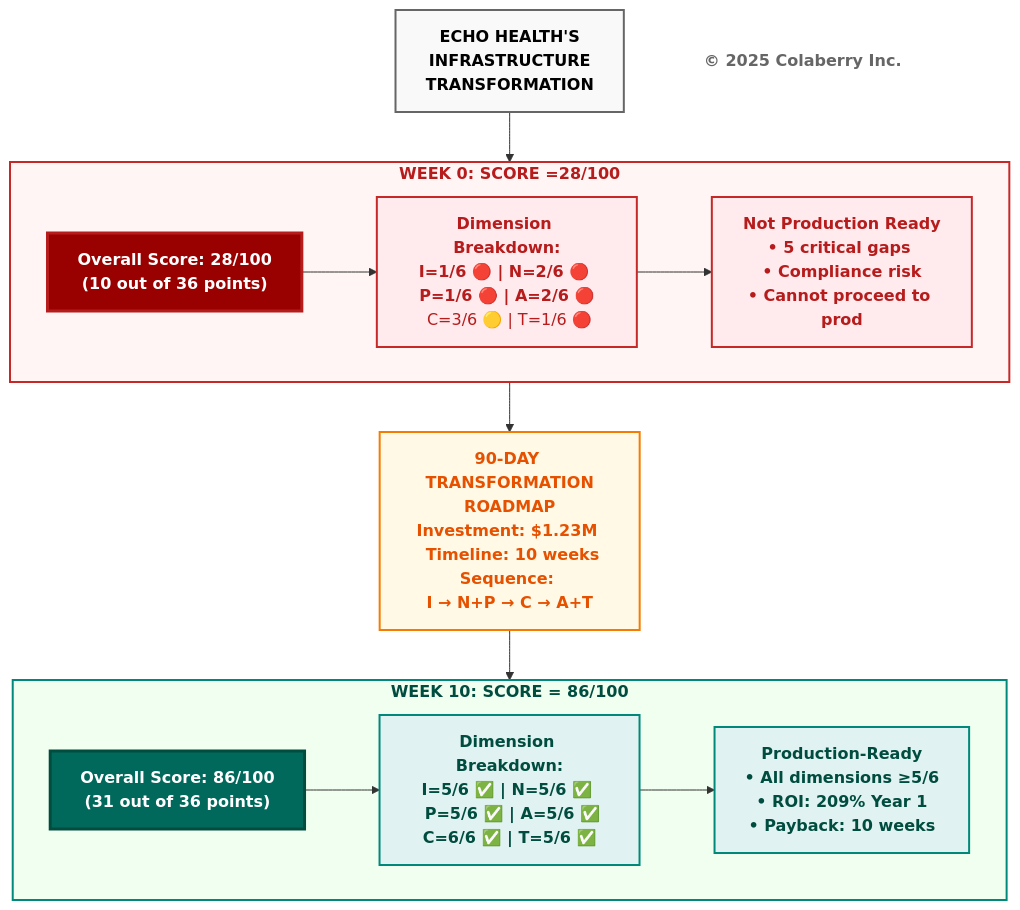
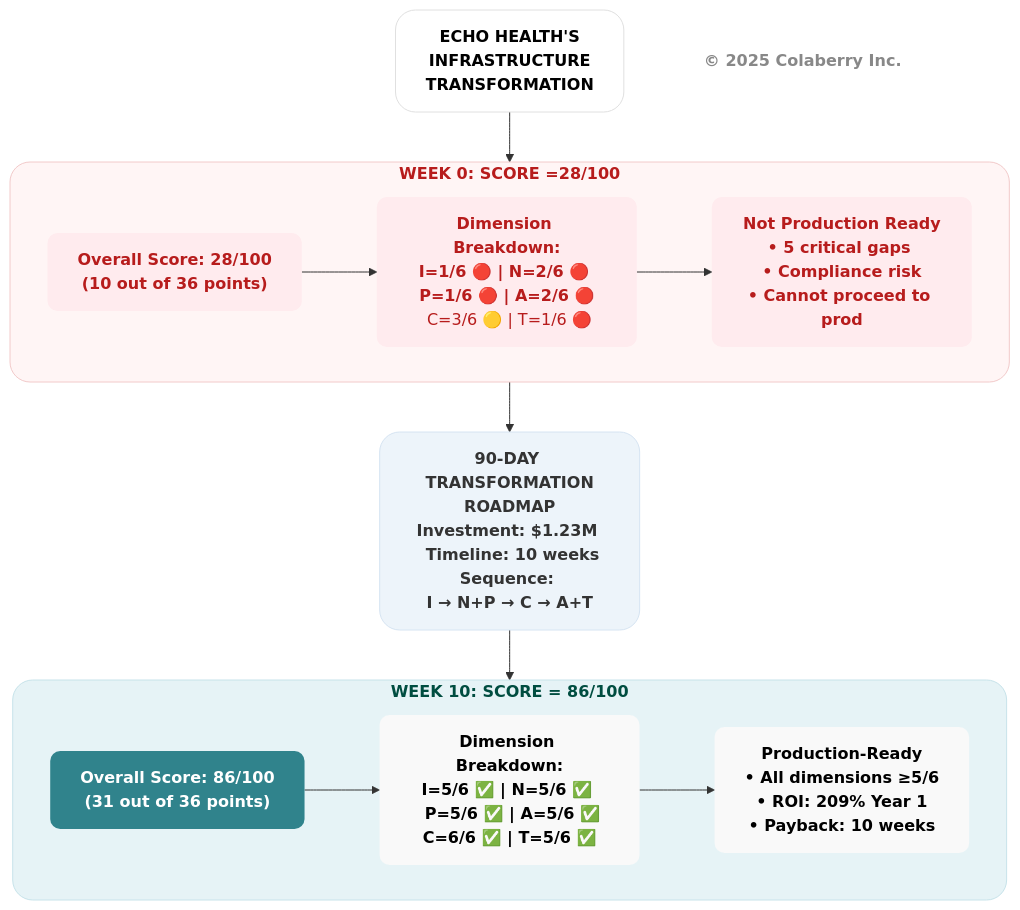
One commit to saitejesh-cyber/trust-before-intelligence-book changed the sixth of 12 diagrams in manuscript/03_chapter_2_inpact_framework.md. Above: the diagram before and after it, drawn with Mermaid. The commit also changed other lines of this file and 4 other files, not shown here.

Commit message:
Chapter 1to5: Updated mermaid diagrams based on new colaberry color code

````diff
--- a/manuscript/03_chapter_2_inpact_framework.md
+++ b/manuscript/03_chapter_2_inpact_framework.md
@@ -352,50 +370,55 @@
 ```mermaid
 graph TB
     TITLE["<b>ECHO HEALTH'S<br/>INFRASTRUCTURE<br/>TRANSFORMATION</b>"]
     
     TITLE --> BEFORE
     
     subgraph BEFORE["<b>WEEK 0: SCORE =28/100</b>"]
         B_SCORE["<b>Overall Score: 28/100</b><br/><b>(10 out of 36 points)</b>"]
         
         B_DIMS["<b>Dimension Breakdown:</b><br/><b>I=1/6 🔴 | N=2/6 🔴 </b><br/><b>P=1/6 🔴 | A=2/6 🔴</b><br/> C=3/6 🟡 | T=1/6 🔴</b>"]
         
         B_STATUS["<b>Not Production Ready</b><br/><b>• 5 critical gaps </b><br/><b>• Compliance risk</b><br/><b>• Cannot proceed to prod</b>"]
         
         B_SCORE --> B_DIMS
         B_DIMS --> B_STATUS
     end
     
     BEFORE --> TRANSFORM["<b>90-DAY TRANSFORMATION<br/>ROADMAP</b><br/><b>Investment: $1.23M </b><br/><b> Timeline: 10 weeks</b><br/><b>Sequence: </b><br/><b>I → N+P → C → A+T</b>"]
     
     TRANSFORM --> AFTER
     
     subgraph AFTER["<b>WEEK 10: SCORE = 86/100</b>"]
         A_SCORE["<b>Overall Score: 86/100</b><br/><b>(31 out of 36 points)</b>"]
         
         A_DIMS["<b>Dimension Breakdown:</b><br/><b>I=5/6 ✅ | N=5/6 ✅ </b><br/><b> P=5/6 ✅ | A=5/6 ✅</b><br/><b>C=6/6 ✅ | T=5/6 ✅</b>"]
         
 A_STATUS["<b>Production-Ready</b><br/><b>• All dimensions ≥5/6 </b><br/><b>• ROI: 209% Year 1 </b><br/><b>• Payback: 10 weeks</b>"]
         
         A_SCORE --> A_DIMS
         A_DIMS --> A_STATUS
     end
     
     COPYRIGHT["<b>© 2025 Colaberry Inc.</b>"]
-    
-    style TITLE fill:#f9f9f9,stroke:#666666,stroke-width:2px,color:#000000
-    
-    style BEFORE fill:#fff5f5,stroke:#c62828,stroke-width:2px,color:#b71c1c
-    style B_SCORE fill:#990000,color:#ffffff,stroke:#b71c1c,stroke-width:3px
-    style B_DIMS fill:#ffebee,stroke:#c62828,stroke-width:2px,color:#b71c1c
-    style B_STATUS fill:#ffebee,stroke:#c62828,stroke-width:2px,color:#b71c1c
-    
-    style TRANSFORM fill:#fff9e6,stroke:#f57c00,stroke-width:2px,color:#e65100
-    
-    style AFTER fill:#f0fff0,stroke:#00897b,stroke-width:2px,color:#004d40
-    style A_SCORE fill:#00695c,color:#ffffff,stroke:#004d40,stroke-width:3px
-    style A_DIMS fill:#e0f2f1,stroke:#00897b,stroke-width:2px,color:#004d40
-    style A_STATUS fill:#e0f2f1,stroke:#00897b,stroke-width:2px,color:#004d40
-    
-    style COPYRIGHT fill:#ffffff,stroke:none,color:#666666
+
+    %% ⚪ CONTEXT / FRAMING
+    style TITLE fill:#ffffff,stroke:#e0e0e0,stroke-width:1px,color:#000000,rx:20,ry:20
+
+    %% 🔴 BEFORE — FAILURE / BI-ERA
+    style BEFORE fill:#fff5f5,stroke:#f2caca,stroke-width:1px,color:#b71c1c,rx:20,ry:20
+    style B_SCORE fill:#ffebee,stroke:none,color:#b71c1c,rx:10,ry:10
+    style B_DIMS fill:#ffebee,stroke:none,color:#b71c1c,rx:10,ry:10
+    style B_STATUS fill:#ffebee,stroke:none,color:#b71c1c,rx:10,ry:10
+
+    %% 🔵 TRANSFORMATION / CHANGE
+    style TRANSFORM fill:#edf4fa,stroke:#d6e4f2,stroke-width:1px,color:#333333,rx:20,ry:20
+
+    %% 🟢 AFTER — TRUSTED / INPACT™-FULFILLED
+    style AFTER fill:#e6f3f6,stroke:#c7e3ea,stroke-width:1px,color:#004d40,rx:20,ry:20
+    style A_SCORE fill:#30838C,stroke:none,color:#ffffff,rx:10,ry:10
+    style A_DIMS fill:#f9f9f9,stroke:none,color:#000000,rx:10,ry:10
+    style A_STATUS fill:#f9f9f9,stroke:none,color:#000000,rx:10,ry:10
+
+    %% FOOTER
+    style COPYRIGHT fill:none,stroke:none,color:#888888
 ```
````
